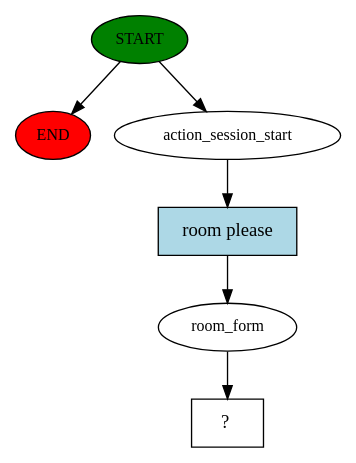
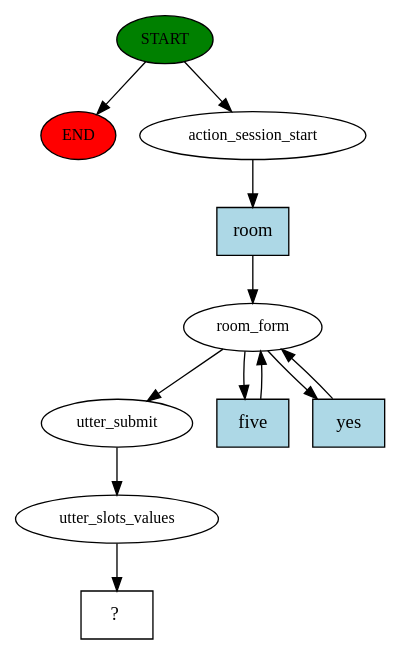
The diagram in story_graph.dot (Aeryan/Delta), drawn with Graphviz before and after one commit. The commit also changed 4 other files, not shown here.

```diff
--- a/story_graph.dot
+++ b/story_graph.dot
@@ -1,13 +1,23 @@
 digraph  {
 0 [class="start active", fillcolor=green, fontsize=12, label=START, style=filled];
 "-1" [class=end, fillcolor=red, fontsize=12, label=END, style=filled];
 1 [class=active, fontsize=12, label=action_session_start];
 2 [class=active, fontsize=12, label=room_form];
-3 [class="intent dashed active", label="  ?  ", shape=rect];
-4 [class="intent active", fillcolor=lightblue, label="room please", shape=rect, style=filled];
+5 [class=active, fontsize=12, label=utter_submit];
+6 [class=active, fontsize=12, label=utter_slots_values];
+7 [class="intent dashed active", label="  ?  ", shape=rect];
+8 [class="intent active", fillcolor=lightblue, label=room, shape=rect, style=filled];
+9 [class="intent active", fillcolor=lightblue, label=five, shape=rect, style=filled];
+10 [class="intent active", fillcolor=lightblue, label=yes, shape=rect, style=filled];
 0 -> "-1"  [class="", key=NONE, label=""];
 0 -> 1  [class=active, key=NONE, label=""];
-1 -> 4  [class=active, key=0];
-2 -> 3  [class=active, key=NONE, label=""];
-4 -> 2  [class=active, key=0];
+1 -> 8  [class=active, key=0];
+2 -> 5  [class=active, key=NONE, label=""];
+2 -> 9  [class=active, key=0];
+2 -> 10  [class=active, key=0];
+5 -> 6  [class=active, key=NONE, label=""];
+6 -> 7  [class=active, key=NONE, label=""];
+8 -> 2  [class=active, key=0];
+9 -> 2  [class=active, key=0];
+10 -> 2  [class=active, key=0];
 }
```
